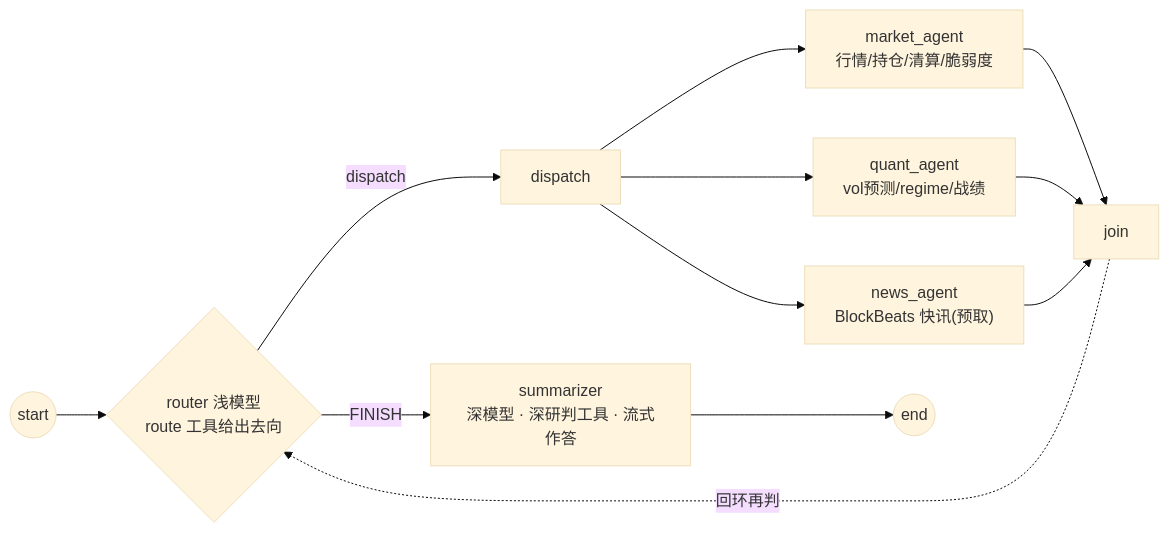
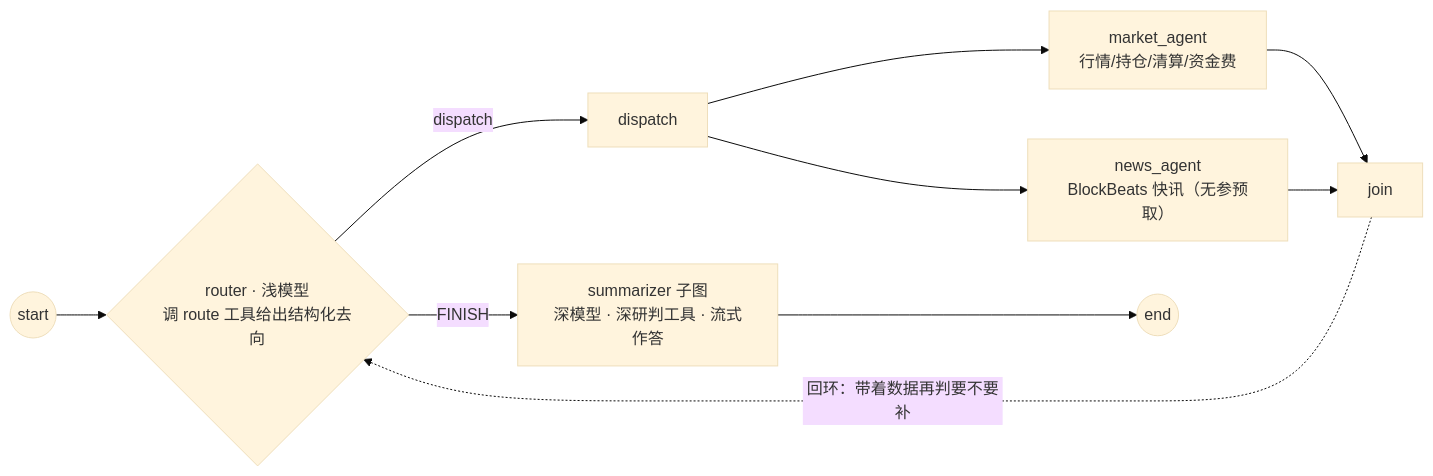
The sixth of 7 diagrams in README.md (mamawai/wiib), drawn with Mermaid (base theme) before and after one commit. The commit also changed other lines of this file, not shown here.

First line of the commit message:
docs: README 重绘为 agent harness 架构

````diff
--- a/README.md
+++ b/README.md
@@ -225,23 +290,20 @@
 ```mermaid
 flowchart LR
     S((start))
-    R{"router 浅模型<br/>route 工具给出去向"}
+    R{"router · 浅模型<br/>调 route 工具给出结构化去向"}
     D["dispatch"]
-    M["market_agent<br/>行情/持仓/清算/脆弱度"]
-    Q["quant_agent<br/>vol预测/regime/战绩"]
-    N["news_agent<br/>BlockBeats 快讯(预取)"]
+    M["market_agent<br/>行情/持仓/清算/资金费"]
+    N["news_agent<br/>BlockBeats 快讯（无参预取）"]
     J["join"]
-    SUM["summarizer<br/>深模型 · 深研判工具 · 流式作答"]
+    SUM["summarizer 子图<br/>深模型 · 深研判工具 · 流式作答"]
     E((end))
     S --> R
     R -->|dispatch| D
     R -->|FINISH| SUM
     D --> M
-    D --> Q
     D --> N
     M --> J
-    Q --> J
     N --> J
-    J -.->|回环再判| R
+    J -.->|"回环：带着数据再判要不要补"| R
     SUM --> E
 ```
````
